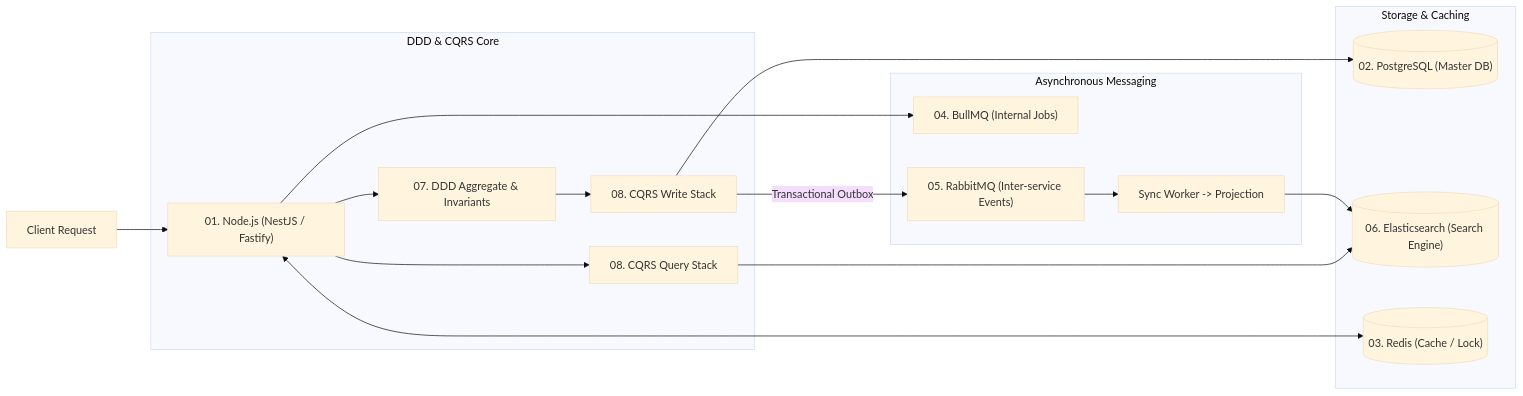
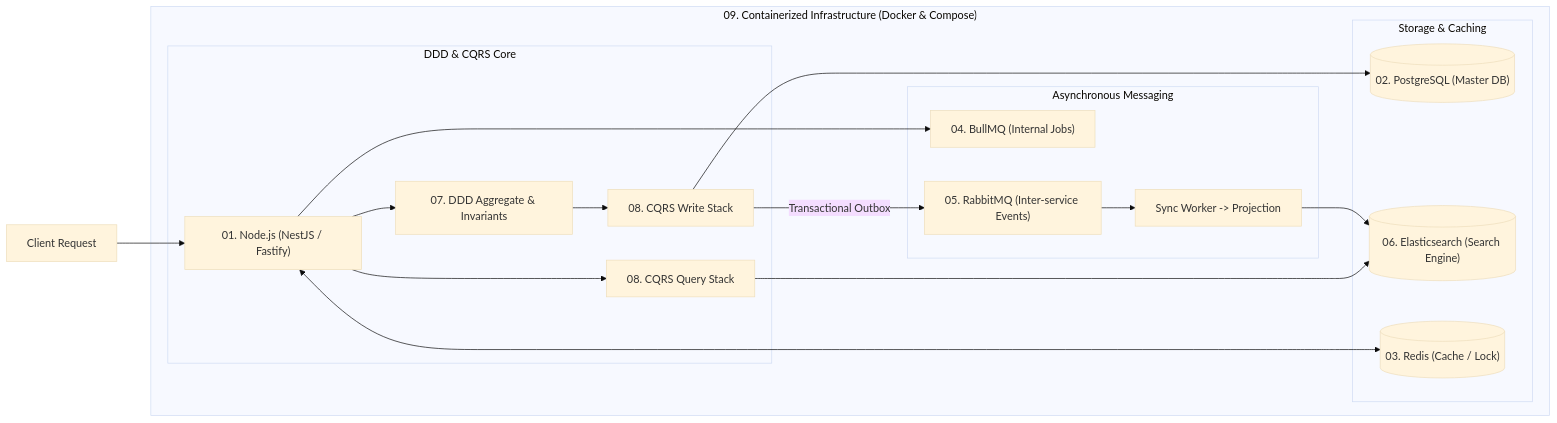
The diagram in README.md (NDQuynh25/interview), drawn with Mermaid (base theme) before and after one commit. The commit also changed other lines of this file and 4 other files, not shown here.

Commit message:
feat: add study materials for Docker, RabbitMQ, and Domain-Driven Design

````diff
--- a/README.md
+++ b/README.md
@@ -25,23 +26,25 @@
 ```mermaid
 flowchart LR
     Client["Client Request"] --> NodeApp["01. Node.js (NestJS / Fastify)"]
     
-    subgraph "DDD & CQRS Core"
-        NodeApp --> DDD["07. DDD Aggregate & Invariants"]
-        DDD --> CQRS_W["08. CQRS Write Stack"]
-        NodeApp --> CQRS_R["08. CQRS Query Stack"]
-    end
-    
-    subgraph "Storage & Caching"
-        CQRS_W --> Postgres[("02. PostgreSQL (Master DB)")]
-        CQRS_R --> Elastic[("06. Elasticsearch (Search Engine)")]
-        NodeApp <--> Redis[("03. Redis (Cache / Lock)")]
-    end
-    
-    subgraph "Asynchronous Messaging"
-        NodeApp --> BullMQ["04. BullMQ (Internal Jobs)"]
-        CQRS_W -- "Transactional Outbox" --> RabbitMQ["05. RabbitMQ (Inter-service Events)"]
-        RabbitMQ --> ElasticSync["Sync Worker -> Projection"]
-        ElasticSync --> Elastic
+    subgraph DockerEnv ["09. Containerized Infrastructure (Docker & Compose)"]
+        subgraph "DDD & CQRS Core"
+            NodeApp --> DDD["07. DDD Aggregate & Invariants"]
+            DDD --> CQRS_W["08. CQRS Write Stack"]
+            NodeApp --> CQRS_R["08. CQRS Query Stack"]
+        end
+        
+        subgraph "Storage & Caching"
+            CQRS_W --> Postgres[("02. PostgreSQL (Master DB)")]
+            CQRS_R --> Elastic[("06. Elasticsearch (Search Engine)")]
+            NodeApp <--> Redis[("03. Redis (Cache / Lock)")]
+        end
+        
+        subgraph "Asynchronous Messaging"
+            NodeApp --> BullMQ["04. BullMQ (Internal Jobs)"]
+            CQRS_W -- "Transactional Outbox" --> RabbitMQ["05. RabbitMQ (Inter-service Events)"]
+            RabbitMQ --> ElasticSync["Sync Worker -> Projection"]
+            ElasticSync --> Elastic
+        end
     end
 ```
````
